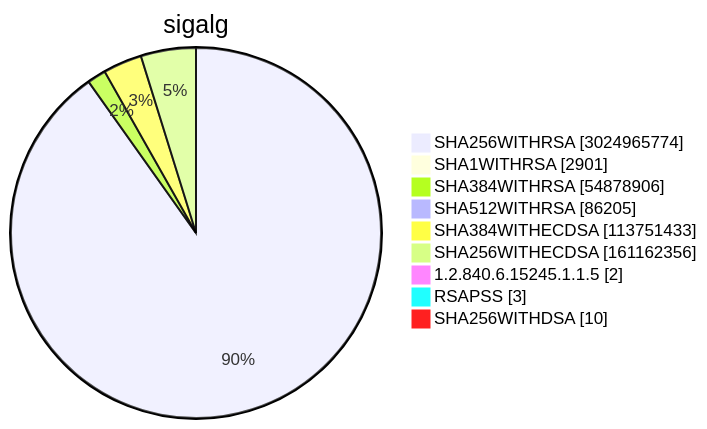
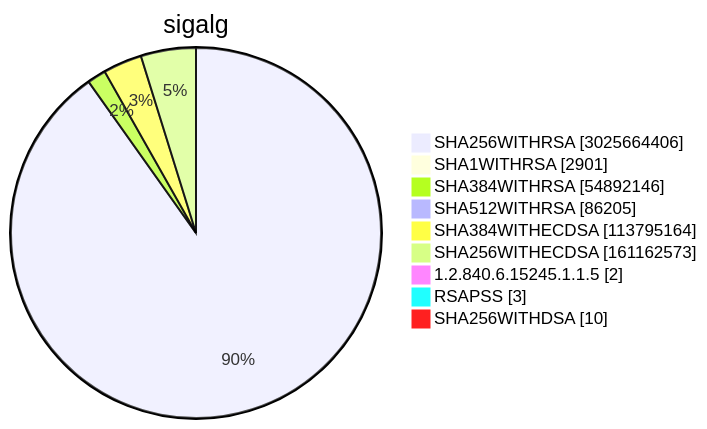
Diagram 15 of 15 in TOTAL/README.md (christiankrug/ctmonitor_visualization), drawn with Mermaid before and after one commit. The commit also changed other lines of this file, not shown here.

````diff
--- a/TOTAL/README.md
+++ b/TOTAL/README.md
@@ -6208,13 +6208,13 @@
 ```mermaid
 pie showData
 title sigalg
-"SHA256WITHRSA" :3024965774
+"SHA256WITHRSA" :3025664406
 "SHA1WITHRSA" :2901
-"SHA384WITHRSA" :54878906
+"SHA384WITHRSA" :54892146
 "SHA512WITHRSA" :86205
-"SHA384WITHECDSA" :113751433
-"SHA256WITHECDSA" :161162356
+"SHA384WITHECDSA" :113795164
+"SHA256WITHECDSA" :161162573
 "1.2.840.6.15245.1.1.5" :2
 "RSAPSS" :3
 "SHA256WITHDSA" :10
 ```
````
